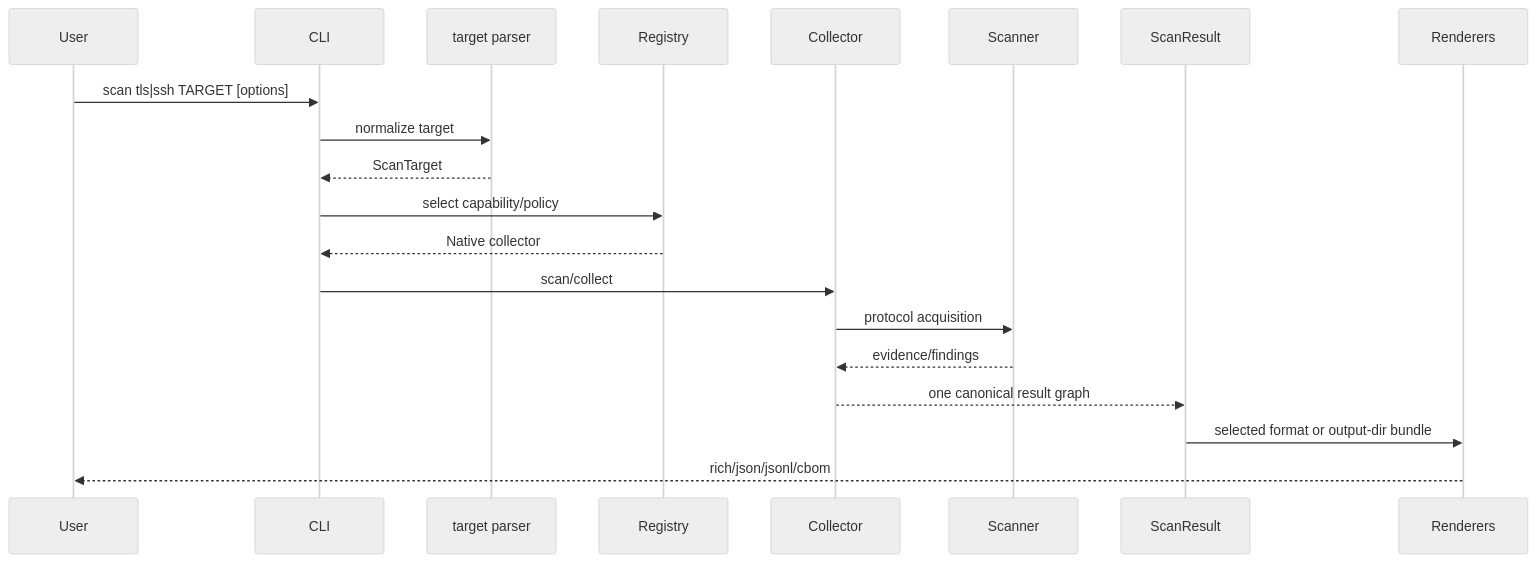
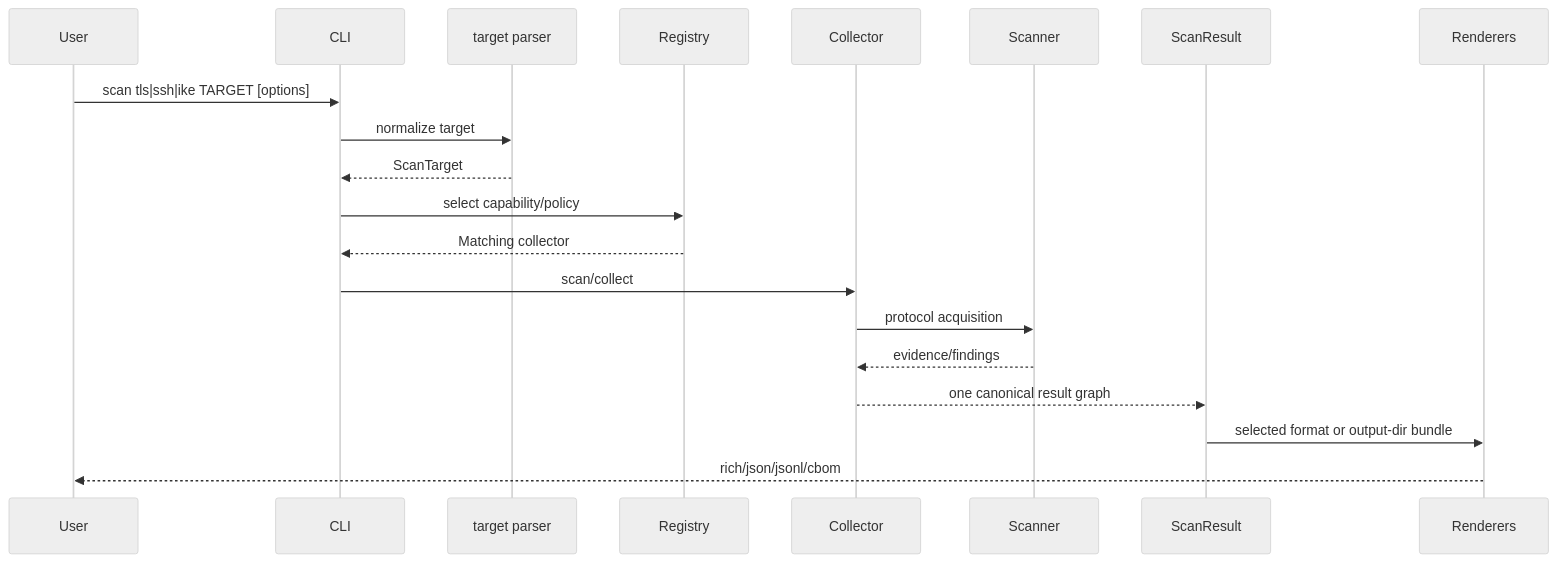
The second of 5 diagrams in docs/contributors/application-deep-dive.md (BreachSAFE/qureddy), drawn with Mermaid (neutral theme) before and after one commit. The commit also changed other lines of this file and 70 other files, not shown here.

````diff
--- a/docs/contributors/application-deep-dive.md
+++ b/docs/contributors/application-deep-dive.md
@@ -130,23 +134,23 @@
 ```mermaid
 sequenceDiagram
     participant User
     participant CLI
     participant Parser as target parser
     participant Registry
     participant Collector
     participant Scanner
     participant Result as ScanResult
     participant Renderers
 
-    User->>CLI: scan tls|ssh TARGET [options]
+    User->>CLI: scan tls|ssh|ike TARGET [options]
     CLI->>Parser: normalize target
     Parser-->>CLI: ScanTarget
     CLI->>Registry: select capability/policy
-    Registry-->>CLI: Native collector
+    Registry-->>CLI: Matching collector
     CLI->>Collector: scan/collect
     Collector->>Scanner: protocol acquisition
     Scanner-->>Collector: evidence/findings
     Collector-->>Result: one canonical result graph
     Result->>Renderers: selected format or output-dir bundle
     Renderers-->>User: rich/json/jsonl/cbom
 ```
````
